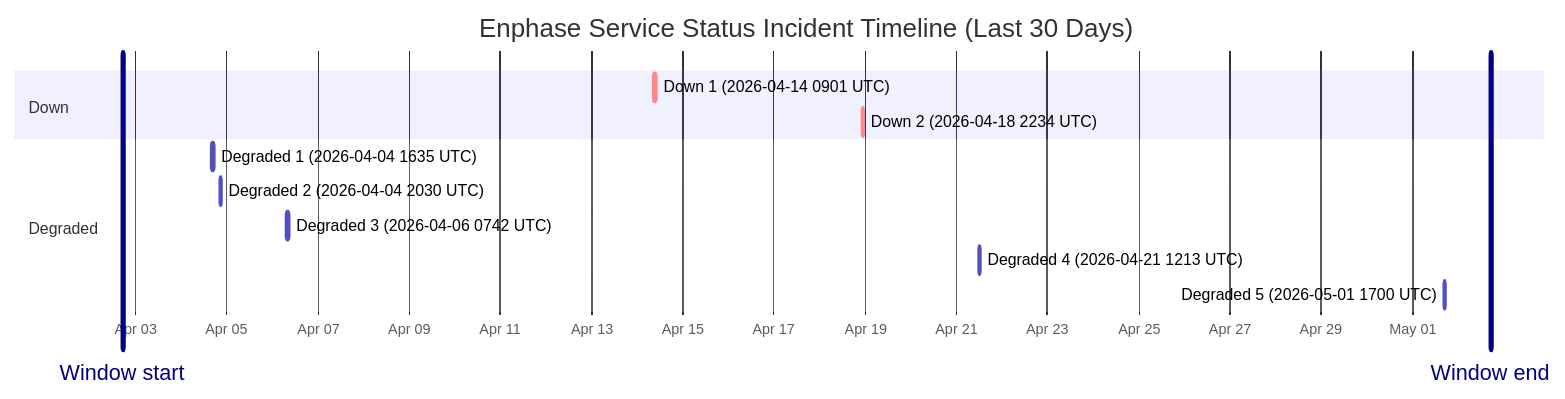
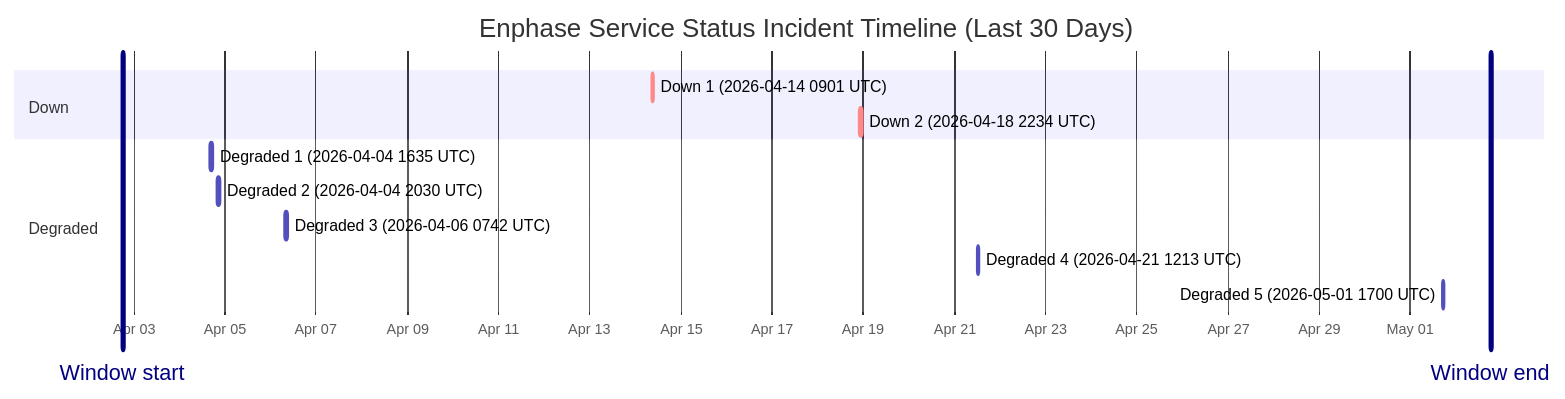
The diagram in wiki/Service-Status-History.md (barneyonline/ha-enphase-ev-charger), drawn with Mermaid before and after one commit. The commit also changed other lines of this file and 3 other files, not shown here.

````diff
--- a/wiki/Service-Status-History.md
+++ b/wiki/Service-Status-History.md
@@ -14,17 +14,17 @@
 ```mermaid
 gantt
     title Enphase Service Status Incident Timeline (Last 30 Days)
     dateFormat  YYYY-MM-DDTHH:mm:ss
     axisFormat  %b %d
-    Window start :vert, window-start, 2026-04-02T17:13:11, 0ms
-    Window end :vert, window-end, 2026-05-02T17:13:11, 0ms
+    Window start :vert, window-start, 2026-04-02T18:09:09, 0ms
+    Window end :vert, window-end, 2026-05-02T18:09:09, 0ms
     section Down
     Down 1 (2026-04-14 0901 UTC) :crit, down-1, 2026-04-14T09:01:13, 60m
     Down 2 (2026-04-18 2234 UTC) :crit, down-2, 2026-04-18T22:34:13, 60m
     section Degraded
     Degraded 1 (2026-04-04 1635 UTC) :active, degraded-1, 2026-04-04T16:35:17, 60m
     Degraded 2 (2026-04-04 2030 UTC) :active, degraded-2, 2026-04-04T20:30:40, 60m
     Degraded 3 (2026-04-06 0742 UTC) :active, degraded-3, 2026-04-06T07:42:09, 85m
     Degraded 4 (2026-04-21 1213 UTC) :active, degraded-4, 2026-04-21T12:13:11, 60m
     Degraded 5 (2026-05-01 1700 UTC) :active, degraded-5, 2026-05-01T17:00:22, 60m
 ```
````
